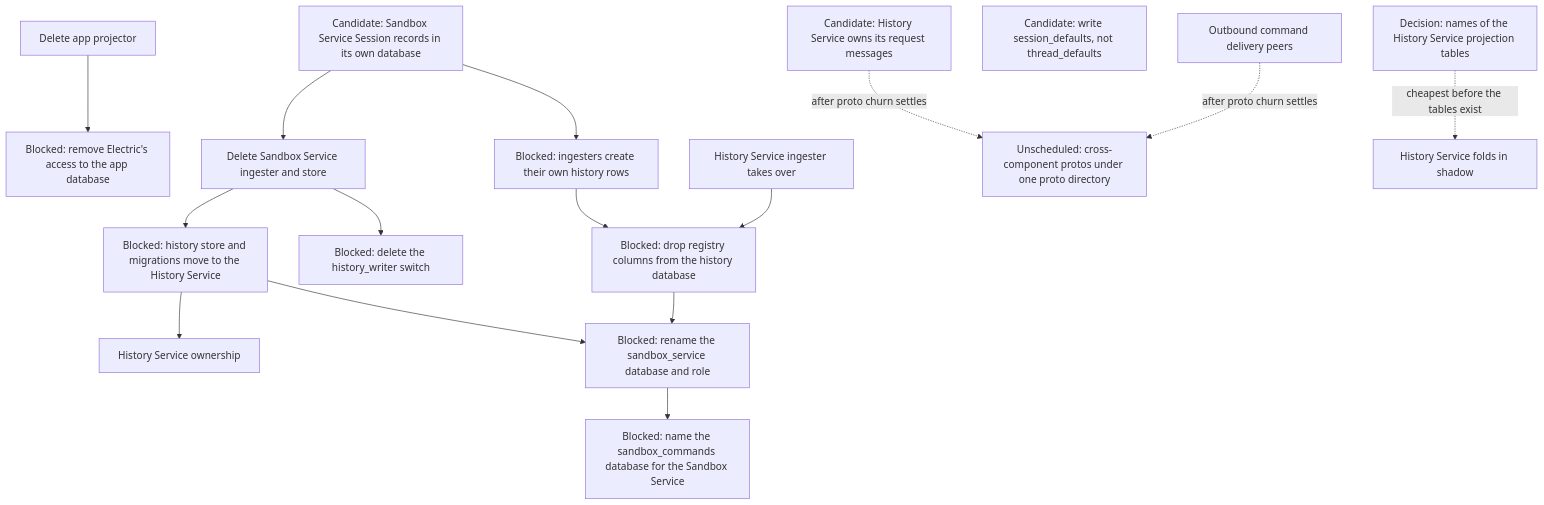
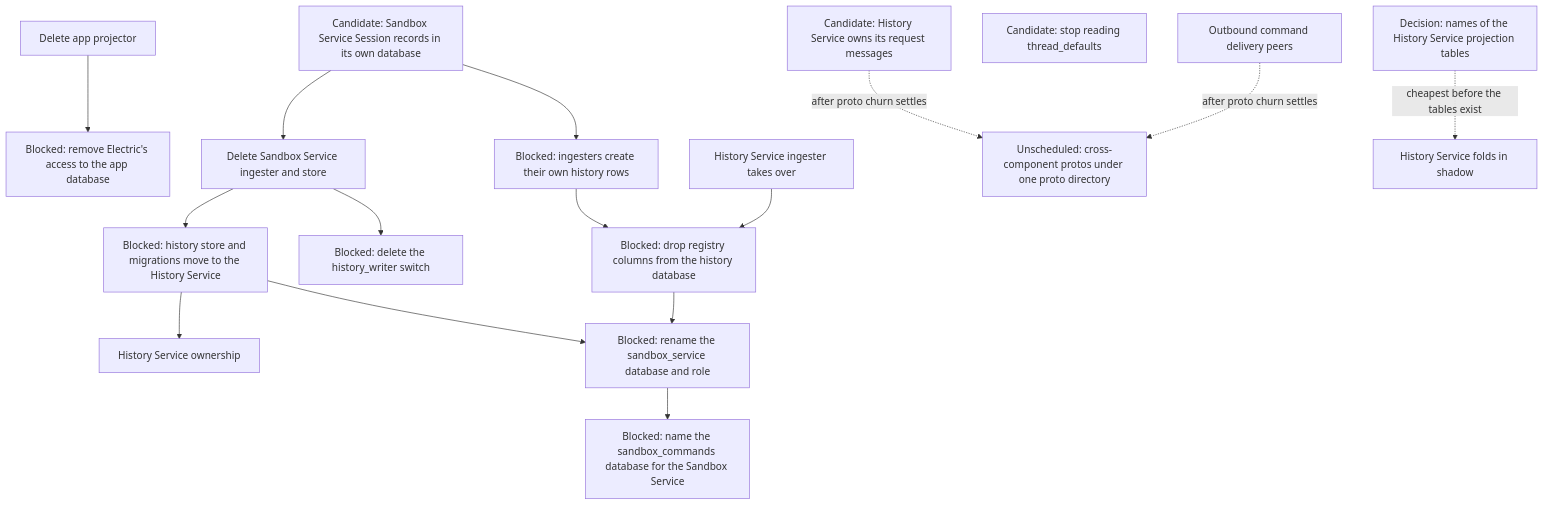
The tenth of 10 diagrams in agentplane/plans/task_dag.md (agentydragon-agent/ducktape), drawn with Mermaid before and after one commit. The commit also changed other lines of this file and 6 other files, not shown here.

````diff
--- a/agentplane/plans/task_dag.md
+++ b/agentplane/plans/task_dag.md
@@ -940,35 +940,35 @@
 ```mermaid
 flowchart TD
     SESSION_REGISTRY_MOVE[Candidate: Sandbox Service Session records in its own database]
     SESSION_HISTORY_ROW_FROM_FEED[Blocked: ingesters create their own history rows]
     HISTORY_SESSION_COLUMNS_DROP[Blocked: drop registry columns from the history database]
     HISTORY_STORE_MOVE[Blocked: history store and migrations move to the History Service]
     HISTORY_WRITER_SWITCH_RETIRE[Blocked: delete the history_writer switch]
     HISTORY_DATABASE_RENAME[Blocked: rename the sandbox_service database and role]
     SANDBOX_DATABASE_RENAME[Blocked: name the sandbox_commands database for the Sandbox Service]
     HISTORY_PROTO_OWNERSHIP[Candidate: History Service owns its request messages]
     HISTORY_PROJECTION_NAMING[Decision: names of the History Service projection tables]
     APP_ELECTRIC_RETIRE[Blocked: remove Electric's access to the app database]
-    SANDBOX_BINDING_ANNOTATION_RENAME[Candidate: write session_defaults, not thread_defaults]
+    SANDBOX_BINDING_ANNOTATION_RENAME[Candidate: stop reading thread_defaults]
     PROTO_DIRECTORY[Unscheduled: cross-component protos under one proto directory]
     RUNNER_OUTBOUND_CHANNEL[Outbound command delivery peers]
     HISTORY_WRITE_HANDOFF[History Service ingester takes over]
     SANDBOX_LOCAL_HISTORY_RETIRE[Delete Sandbox Service ingester and store]
     FOLD_SHADOW[History Service folds in shadow]
     APP_PROJECTOR_RETIRE[Delete app projector]
     HISTORY_SERVICE_OWNERSHIP[History Service ownership]
     SESSION_REGISTRY_MOVE --> SANDBOX_LOCAL_HISTORY_RETIRE
     SESSION_REGISTRY_MOVE --> SESSION_HISTORY_ROW_FROM_FEED
     SESSION_HISTORY_ROW_FROM_FEED --> HISTORY_SESSION_COLUMNS_DROP
     HISTORY_WRITE_HANDOFF --> HISTORY_SESSION_COLUMNS_DROP
     SANDBOX_LOCAL_HISTORY_RETIRE --> HISTORY_STORE_MOVE
     SANDBOX_LOCAL_HISTORY_RETIRE --> HISTORY_WRITER_SWITCH_RETIRE
     HISTORY_STORE_MOVE --> HISTORY_SERVICE_OWNERSHIP
     HISTORY_STORE_MOVE --> HISTORY_DATABASE_RENAME
     HISTORY_SESSION_COLUMNS_DROP --> HISTORY_DATABASE_RENAME
     HISTORY_DATABASE_RENAME --> SANDBOX_DATABASE_RENAME
     HISTORY_PROJECTION_NAMING -. cheapest before the tables exist .-> FOLD_SHADOW
     APP_PROJECTOR_RETIRE --> APP_ELECTRIC_RETIRE
     HISTORY_PROTO_OWNERSHIP -. after proto churn settles .-> PROTO_DIRECTORY
     RUNNER_OUTBOUND_CHANNEL -. after proto churn settles .-> PROTO_DIRECTORY
 ```
````
